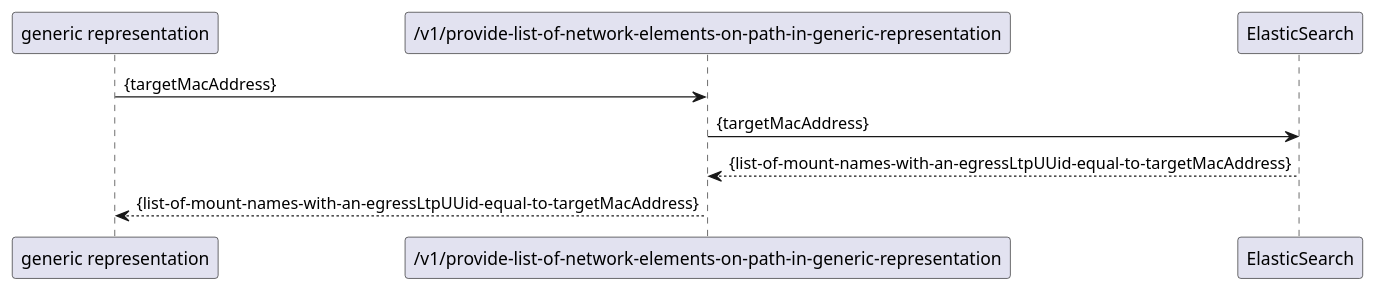
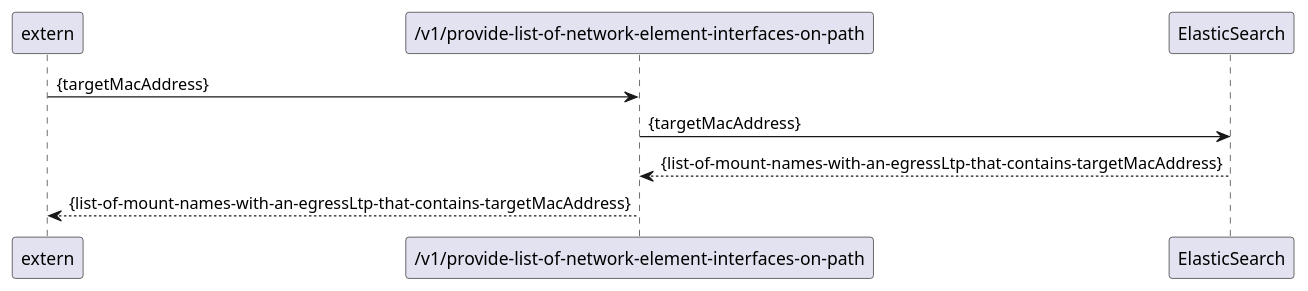
One commit to openBackhaul/MacAddressTableRecorder changed the diagram in spec/diagrams/forwardingProvideListOfMacAddressEgressInterfaces.plantuml. Above: the diagram before and after it, drawn with PlantUML. The commit also changed 14 other files, not shown here.

Commit message:
Add plantUmls and develop ForwardingList

```diff
--- a/spec/diagrams/forwardingProvideListOfMacAddressEgressInterfaces.plantuml
+++ b/spec/diagrams/forwardingProvideListOfMacAddressEgressInterfaces.plantuml
@@ -1,11 +1,11 @@
 @startuml
 skinparam responseMessageBelowArrow true
 
-"generic representation" -> "/v1/provide-list-of-network-elements-on-path-in-generic-representation": {targetMacAddress}
+"extern" -> "/v1/provide-list-of-network-element-interfaces-on-path": {targetMacAddress}
 
-"/v1/provide-list-of-network-elements-on-path-in-generic-representation" -> "ElasticSearch": {targetMacAddress}
-"ElasticSearch" --> "/v1/provide-list-of-network-elements-on-path-in-generic-representation": {list-of-mount-names-with-an-egressLtpUUid-equal-to-targetMacAddress}
+"/v1/provide-list-of-network-element-interfaces-on-path" -> "ElasticSearch": {targetMacAddress}
+"ElasticSearch" --> "/v1/provide-list-of-network-element-interfaces-on-path": {list-of-mount-names-with-an-egressLtp-that-contains-targetMacAddress}
 
-"/v1/provide-list-of-network-elements-on-path-in-generic-representation" --> "generic representation": {list-of-mount-names-with-an-egressLtpUUid-equal-to-targetMacAddress}
+"/v1/provide-list-of-network-element-interfaces-on-path" --> "extern": {list-of-mount-names-with-an-egressLtp-that-contains-targetMacAddress}
 
 @enduml
```
